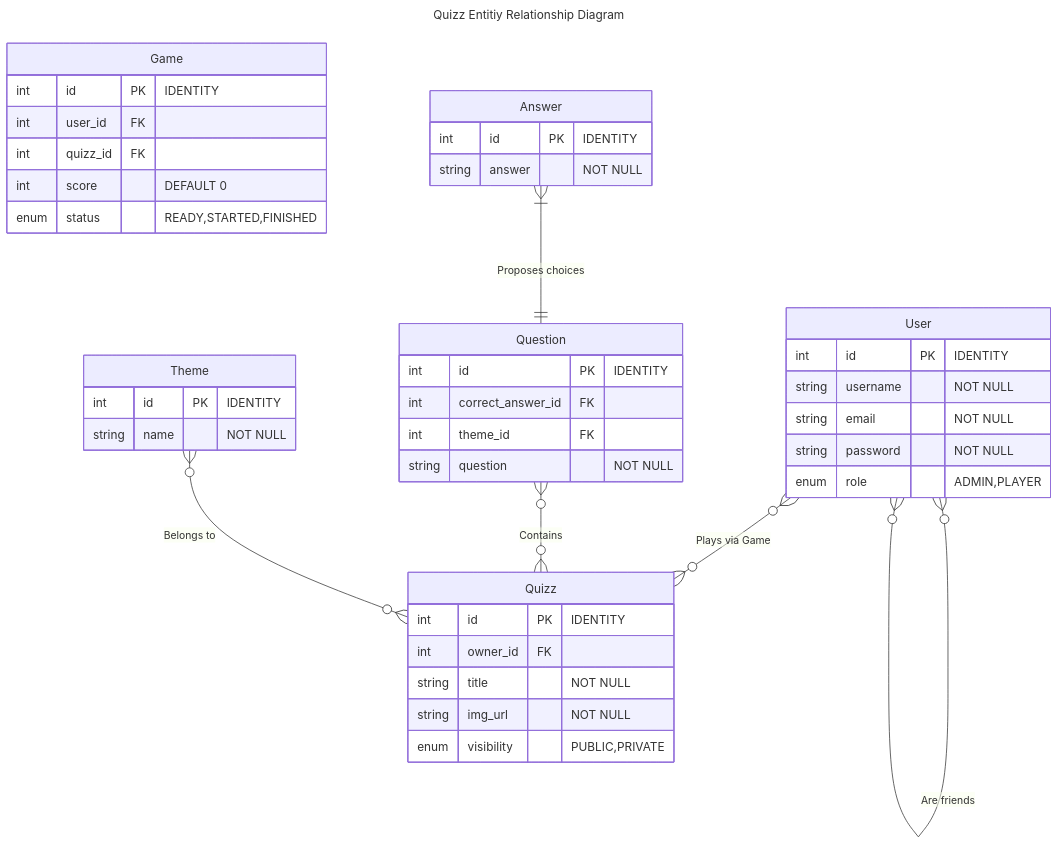
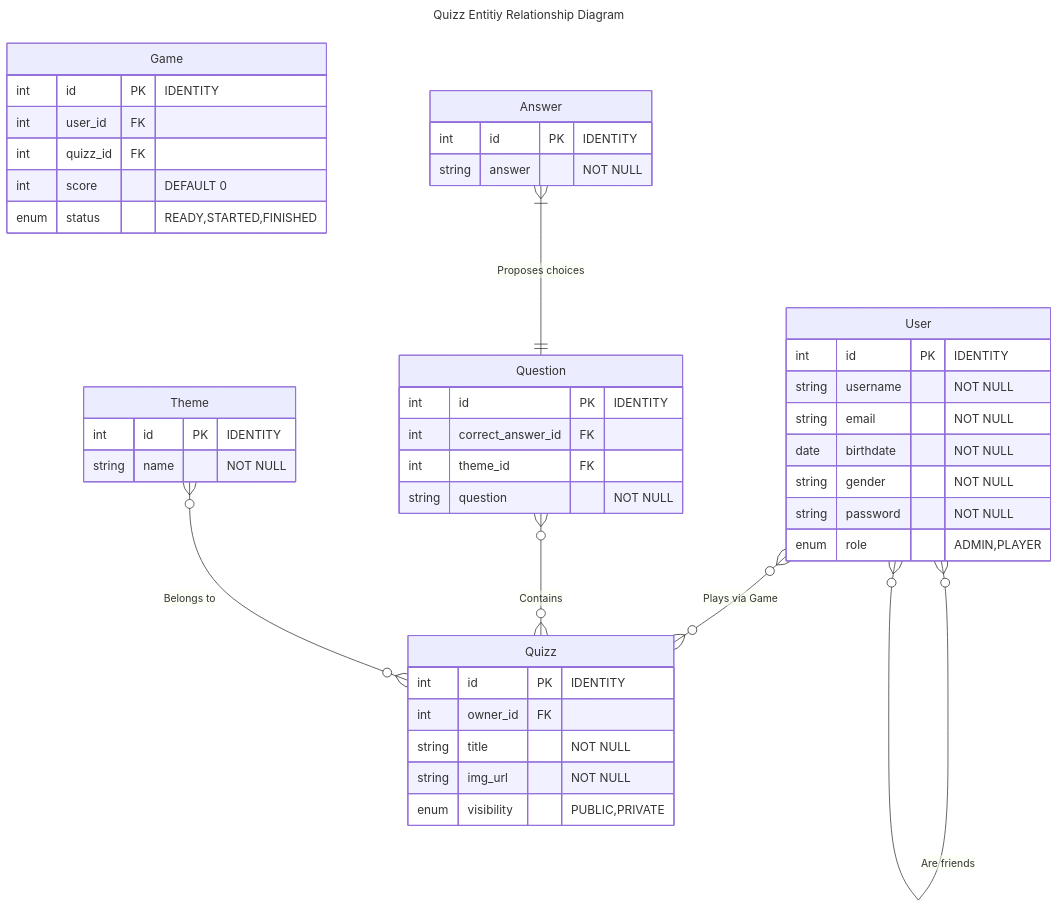
The diagram in README.md (efemero-formation-fullstack/quizz), drawn with Mermaid before and after one commit.

Commit message:
feat: birthday & gender

````diff
--- a/README.md
+++ b/README.md
@@ -5,55 +5,57 @@
 ```mermaid
 ---
 title: Quizz Entitiy Relationship Diagram
 ---
 
 erDiagram
 	User {
 		int id PK "IDENTITY"
 		string username "NOT NULL"
 		string email "NOT NULL"
+		date birthdate "NOT NULL"
+		string gender "NOT NULL"
 		string password "NOT NULL"
 		enum role "ADMIN,PLAYER"
 	}
 
     Quizz {
 		int id PK "IDENTITY"
         int owner_id FK
         string title "NOT NULL"
         string img_url "NOT NULL"
         enum visibility "PUBLIC,PRIVATE"
     }
 
 
     Game {
 		int id PK "IDENTITY"
         int user_id FK
         int quizz_id FK
         int score "DEFAULT 0"
         enum status "READY,STARTED,FINISHED"
         
     }
 
     Question {
 		int id PK "IDENTITY"
         int correct_answer_id FK
         int theme_id FK
         string question "NOT NULL"
     }
 
     Answer {
 		int id PK "IDENTITY"
         string answer "NOT NULL"
     }
 
     Theme {
 		int id PK "IDENTITY"
         string name "NOT NULL"
     }
 
 	User }o--o{ Quizz : "Plays via Game"
 	User }o--o{ User : "Are friends"
 	Question }o--o{ Quizz : "Contains"
 	Theme }o--o{ Quizz : "Belongs to"
 	Answer }|--|| Question : "Proposes choices"
 ```
````
